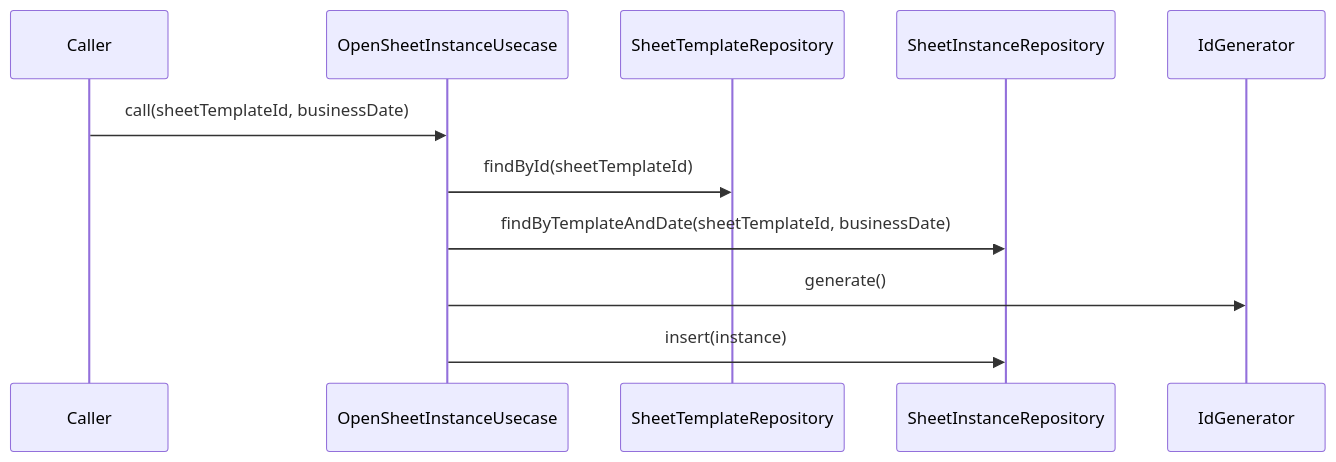
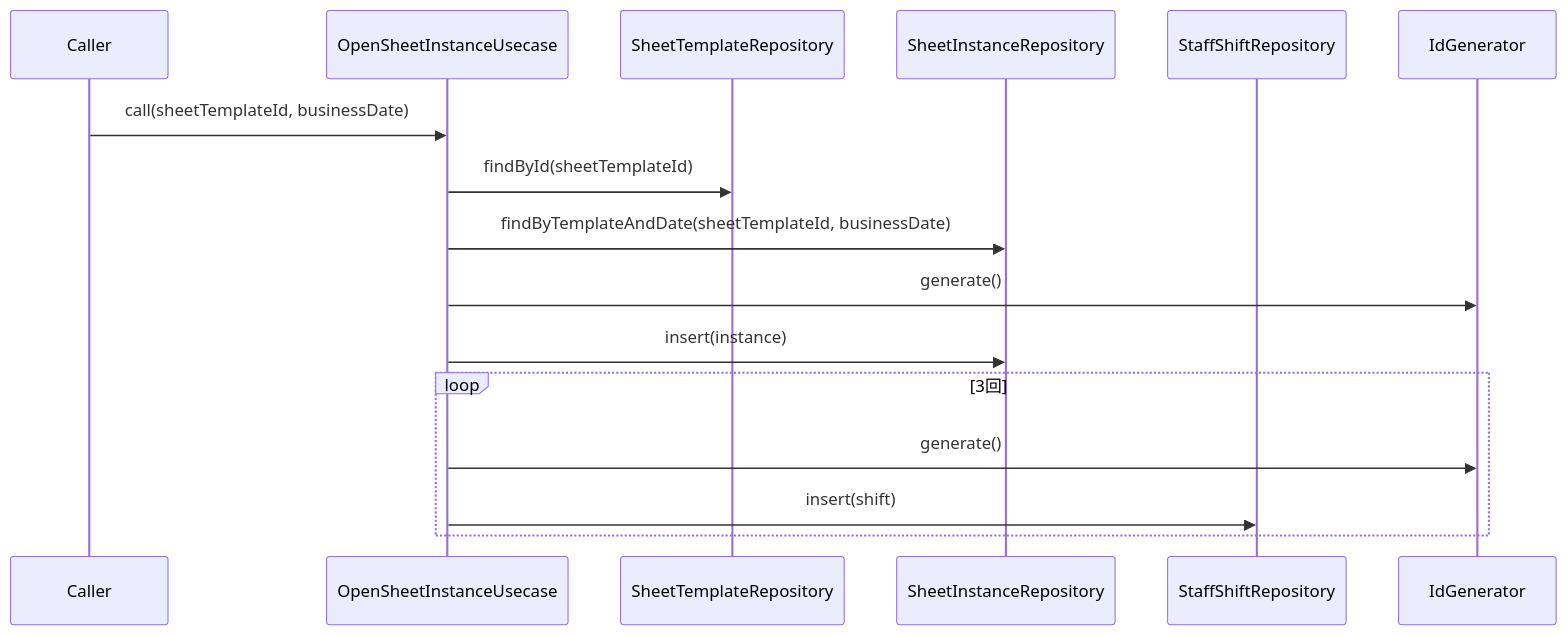
One commit to MinamiyamaKotaro/m3_pad changed the diagram in docs/design/lib/src/features/voucher/domain/usecases/open_sheet_instance_usecase.md. Above: the diagram before and after it, drawn with Mermaid. The commit also changed other lines of this file and 35 other files, not shown here.

First line of the commit message:
Reflect payment method, staff shift, and daily summary specs into design docs

````diff
--- a/docs/design/lib/src/features/voucher/domain/usecases/open_sheet_instance_usecase.md
+++ b/docs/design/lib/src/features/voucher/domain/usecases/open_sheet_instance_usecase.md
@@ -13,14 +14,19 @@
 ```mermaid
 sequenceDiagram
     participant C as Caller
     participant U as OpenSheetInstanceUsecase
     participant TR as SheetTemplateRepository
     participant SIR as SheetInstanceRepository
+    participant SSR as StaffShiftRepository
     participant G as IdGenerator
 
     C->>U: call(sheetTemplateId, businessDate)
     U->>TR: findById(sheetTemplateId)
     U->>SIR: findByTemplateAndDate(sheetTemplateId, businessDate)
     U->>G: generate()
     U->>SIR: insert(instance)
+    loop 3回
+        U->>G: generate()
+        U->>SSR: insert(shift)
+    end
 ```
````
